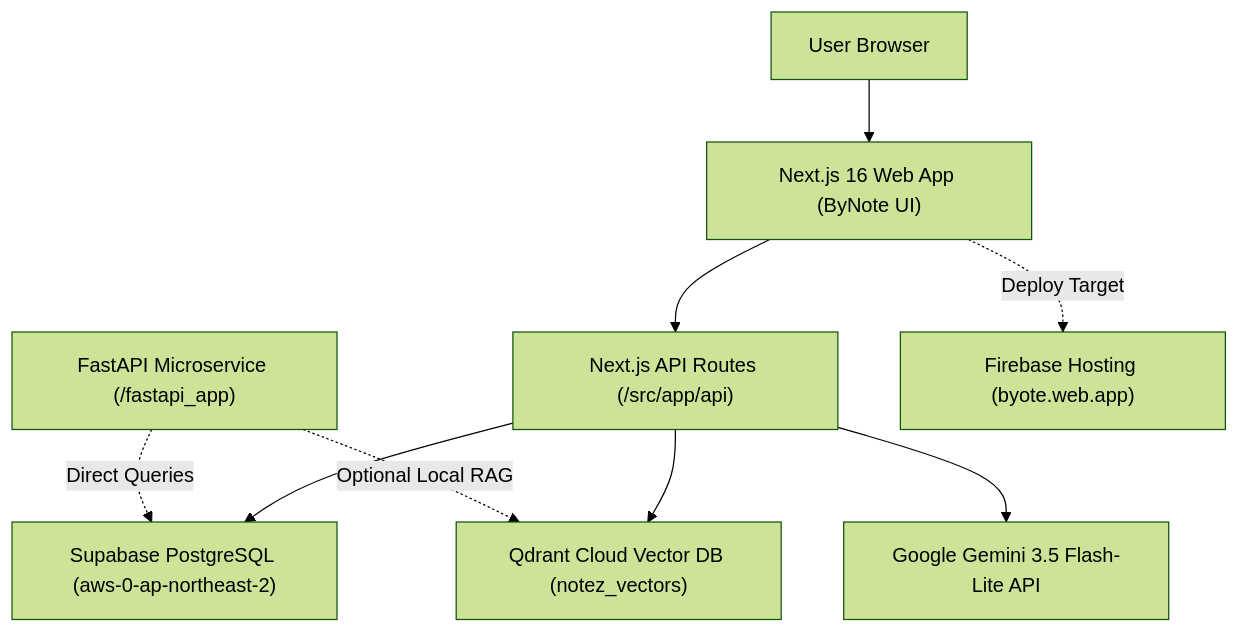
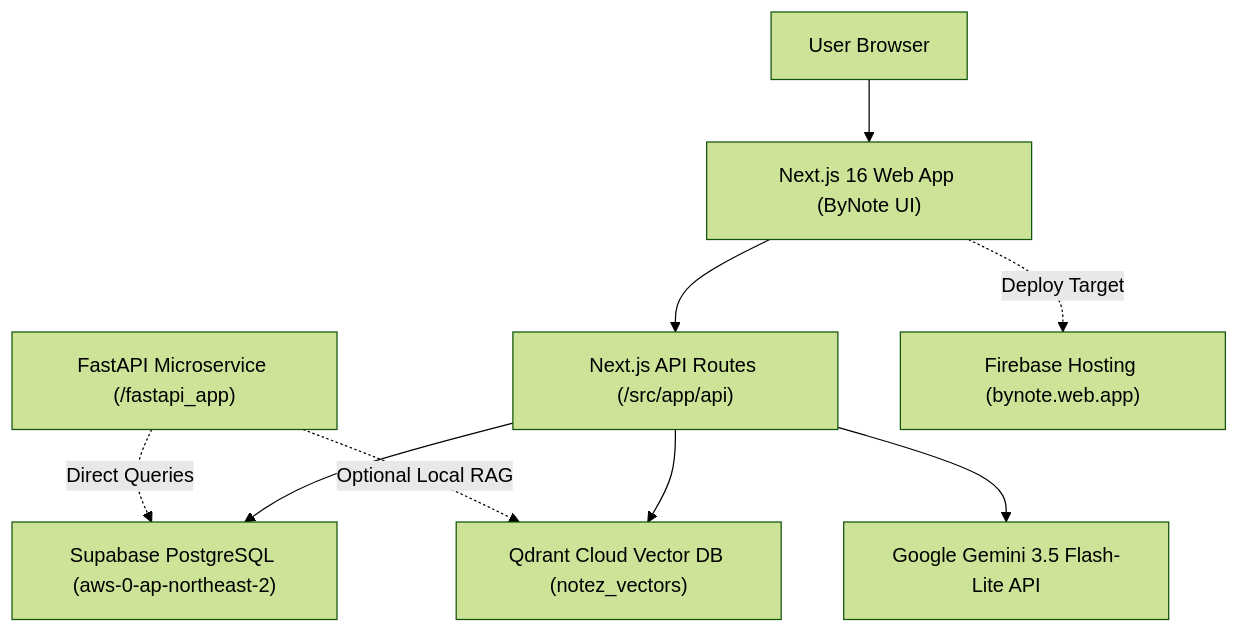
One commit to ShanMade/NoteZ changed the diagram in README.md. Above: the diagram before and after it, drawn with Mermaid (forest theme). The commit also changed other lines of this file and 12 other files, not shown here.

Commit message:
Update Firebase target to bynote.web.app, add firebase package, and upgrade backend to psycopg v3

````diff
--- a/README.md
+++ b/README.md
@@ -25,14 +25,14 @@
 ```mermaid
 flowchart TD
     User["User Browser"] --> NextApp["Next.js 16 Web App (ByNote UI)"]
     NextApp --> LocalAPI["Next.js API Routes (/src/app/api)"]
     
     LocalAPI --> Supabase["Supabase PostgreSQL (aws-0-ap-northeast-2)"]
     LocalAPI --> QdrantCloud["Qdrant Cloud Vector DB (notez_vectors)"]
     LocalAPI --> GeminiAI["Google Gemini 3.5 Flash-Lite API"]
     
     FastAPIBridge["FastAPI Microservice (/fastapi_app)"] -. Optional Local RAG .-> QdrantCloud
     FastAPIBridge -. Direct Queries .-> Supabase
     
-    NextApp -. Deploy Target .-> FirebaseHosting["Firebase Hosting (byote.web.app)"]
+    NextApp -. Deploy Target .-> FirebaseHosting["Firebase Hosting (bynote.web.app)"]
 ```
````
